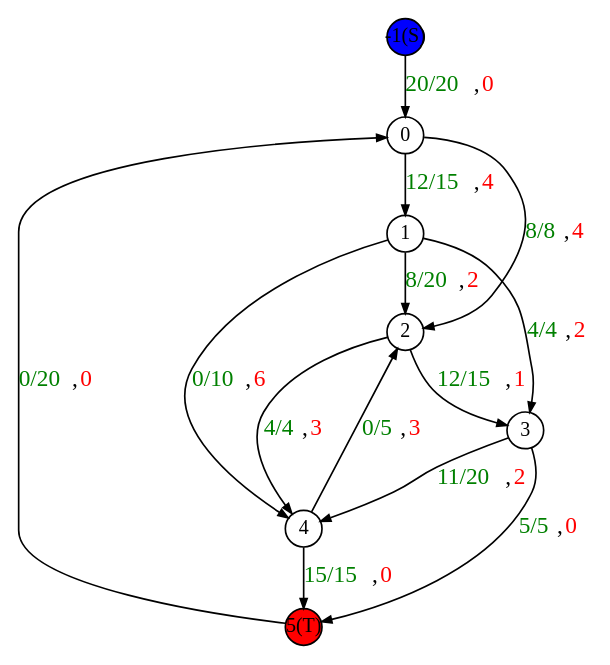
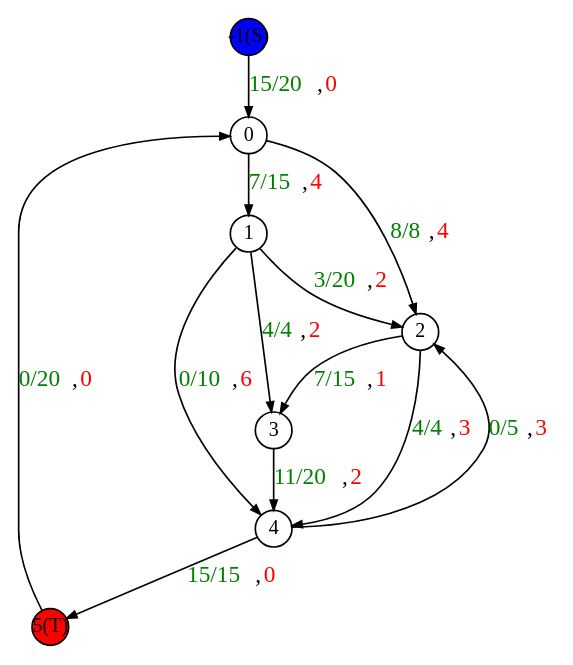
Before and after one commit to jadefre/Op_Research_Projet_FRELAT_Jade: the diagram in output/test4_min_cost_D.dot, drawn with Graphviz. The commit also changed 18 other files, not shown here.

```diff
--- a/output/test4_min_cost_D.dot
+++ b/output/test4_min_cost_D.dot
@@ -1,20 +1,19 @@
 digraph G {
   graph [nodesep="0.3", ranksep="0.3", fontsize=12]
   node [shape=circle, fixedsize=true, width=.3, height=.3, fontsize=12]
   edge [arrowsize=0.6]
   -1 [style=filled, fillcolor=blue, label="-1(S)"]
   5 [style=filled, fillcolor=red, label="5(T)"]
- -1 -> 0 [label=<<font color="green">20/20</font>,<font color="red">0</font>>]
- 0 -> 1 [label=<<font color="green">12/15</font>,<font color="red">4</font>>]
+ -1 -> 0 [label=<<font color="green">15/20</font>,<font color="red">0</font>>]
+ 0 -> 1 [label=<<font color="green">7/15</font>,<font color="red">4</font>>]
  0 -> 2 [label=<<font color="green">8/8</font>,<font color="red">4</font>>]
- 1 -> 2 [label=<<font color="green">8/20</font>,<font color="red">2</font>>]
+ 1 -> 2 [label=<<font color="green">3/20</font>,<font color="red">2</font>>]
  1 -> 3 [label=<<font color="green">4/4</font>,<font color="red">2</font>>]
  1 -> 4 [label=<<font color="green">0/10</font>,<font color="red">6</font>>]
- 2 -> 3 [label=<<font color="green">12/15</font>,<font color="red">1</font>>]
+ 2 -> 3 [label=<<font color="green">7/15</font>,<font color="red">1</font>>]
  2 -> 4 [label=<<font color="green">4/4</font>,<font color="red">3</font>>]
  3 -> 4 [label=<<font color="green">11/20</font>,<font color="red">2</font>>]
  4 -> 2 [label=<<font color="green">0/5</font>,<font color="red">3</font>>]
- 3 -> 5 [label=<<font color="green">5/5</font>,<font color="red">0</font>>]
  4 -> 5 [label=<<font color="green">15/15</font>,<font color="red">0</font>>]
  5 -> 0 [label=<<font color="green">0/20</font>,<font color="red">0</font>>]
 }
```
